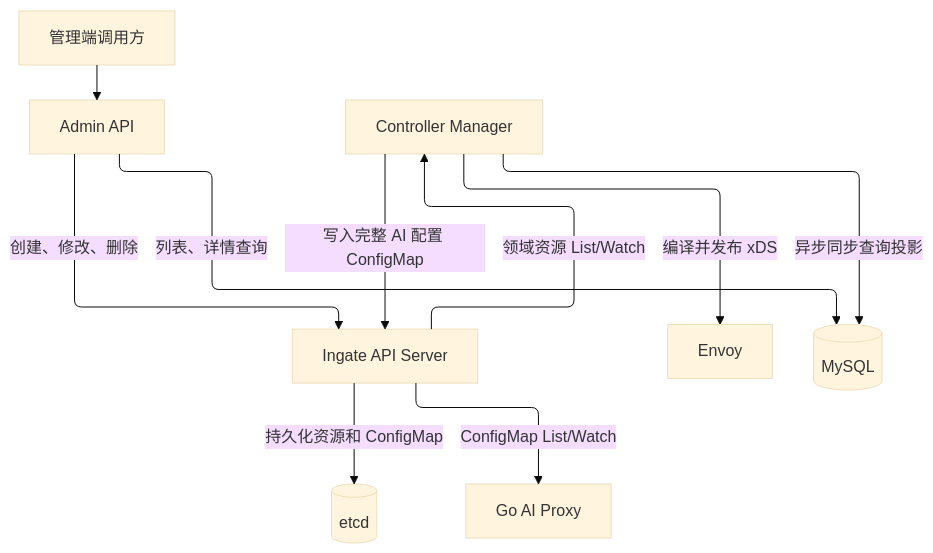
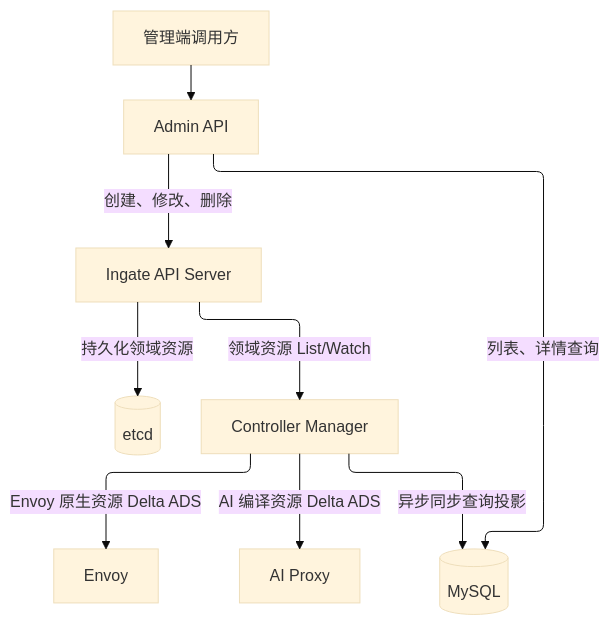
One commit to lgc202/ingate changed the diagram in docs/diagrams/ai-current-config-flow.mmd. Above: the diagram before and after it, drawn with Mermaid (base theme). The commit also changed 56 other files, not shown here.

Commit message:
feat(aiproxy): 使用 Delta ADS 应用增量配置

```diff
--- a/docs/diagrams/ai-current-config-flow.mmd
+++ b/docs/diagrams/ai-current-config-flow.mmd
@@ -1,18 +1,17 @@
 ---
 config:
   layout: elk
   flowchart:
     curve: rounded
 ---
 flowchart TD
     accTitle: Ingate 当前配置流转
-    accDescr: Admin API 将资源写入 API Server 和 etcd。Controller 订阅资源，向 Envoy 发布 xDS，向 API Server 写入供 Go AI Proxy 订阅的完整 ConfigMap，同时维护 MySQL 查询投影。Admin API 从 MySQL 查询列表和详情。
+    accDescr: Admin API 将领域资源写入 API Server 和 etcd。Controller 增量编译资源，通过 Delta ADS 分别向 Envoy 和 AI Proxy 发布资源级变化及删除，同时维护 MySQL 查询投影。
     A[管理端调用方] --> B[Admin API]
     B -->|创建、修改、删除| C[Ingate API Server]
-    C -->|持久化资源和 ConfigMap| E[(etcd)]
+    C -->|持久化领域资源| E[(etcd)]
     C -->|领域资源 List/Watch| D[Controller Manager]
-    D -->|编译并发布 xDS| F[Envoy]
-    D -->|写入完整 AI 配置 ConfigMap| C
-    C -->|ConfigMap List/Watch| G[Go AI Proxy]
+    D -->|Envoy 原生资源 Delta ADS| F[Envoy]
+    D -->|AI 编译资源 Delta ADS| G[AI Proxy]
     D -->|异步同步查询投影| M[(MySQL)]
     B -->|列表、详情查询| M
```
